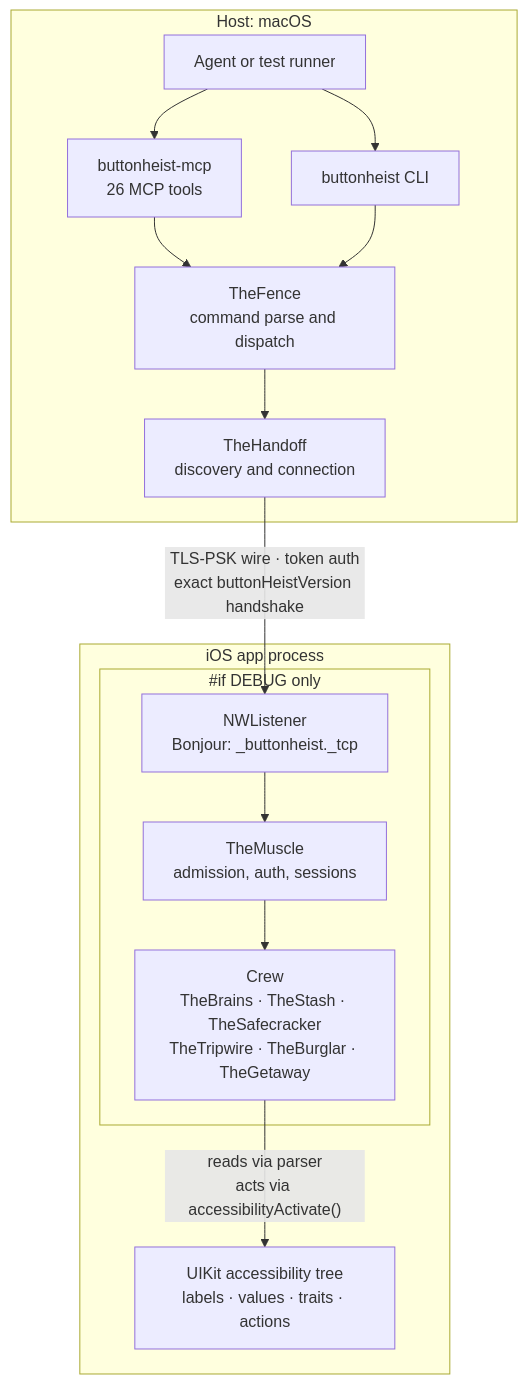
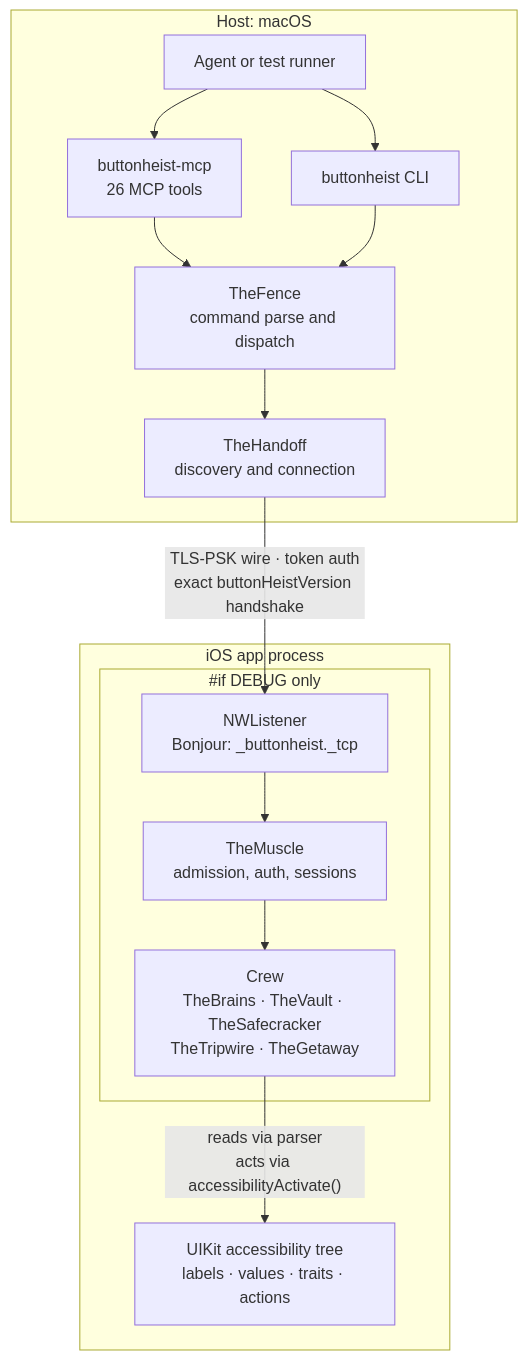
Before and after one commit to RoyalPineapple/TheButtonHeist: the diagram in docs/diagrams/system-topology.md, drawn with Mermaid. The commit also changed 272 other files, not shown here.

First line of the commit message:
Consolidate runtime ownership and observation flow (#1357)

````diff
--- a/docs/diagrams/system-topology.md
+++ b/docs/diagrams/system-topology.md
@@ -8,29 +8,29 @@
 ```mermaid
 flowchart TD
     subgraph host["Host: macOS"]
         AGENT["Agent or test runner"]
         MCP["buttonheist-mcp<br/>26 MCP tools"]
         CLI["buttonheist CLI"]
         FENCE["TheFence<br/>command parse and dispatch"]
         HANDOFF["TheHandoff<br/>discovery and connection"]
         AGENT --> MCP
         AGENT --> CLI
         MCP --> FENCE
         CLI --> FENCE
         FENCE --> HANDOFF
     end
 
     subgraph app["iOS app process"]
         subgraph debug["#if DEBUG only"]
             LISTENER["NWListener<br/>Bonjour: _buttonheist._tcp"]
             MUSCLE["TheMuscle<br/>admission, auth, sessions"]
-            CREW["Crew<br/>TheBrains · TheStash · TheSafecracker<br/>TheTripwire · TheBurglar · TheGetaway"]
+            CREW["Crew<br/>TheBrains · TheVault · TheSafecracker<br/>TheTripwire · TheGetaway"]
             LISTENER --> MUSCLE
             MUSCLE --> CREW
         end
         AX["UIKit accessibility tree<br/>labels · values · traits · actions"]
         CREW -- "reads via parser<br/>acts via accessibilityActivate()" --> AX
     end
 
     HANDOFF -- "TLS-PSK wire · token auth<br/>exact buttonHeistVersion handshake" --> LISTENER
 ```
````
